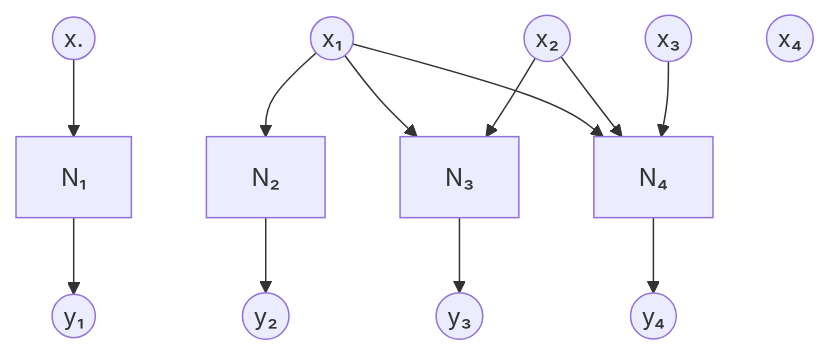
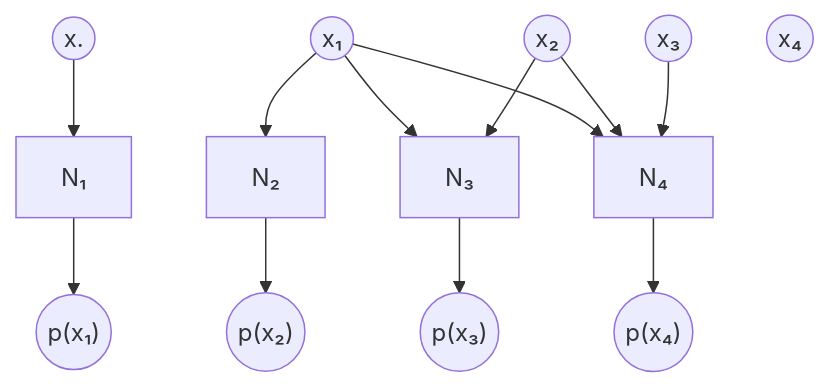
Before and after one commit to anilnairxyz/scrapbook: the diagram in docs/Topic 1/2. Autoregressive models.md, drawn with Mermaid. The commit also changed other lines of this file and 2 other files, not shown here.

````diff
--- a/docs/Topic 1/2. Autoregressive models.md
+++ b/docs/Topic 1/2. Autoregressive models.md
@@ -44,20 +44,20 @@
 ```mermaid
 graph TD
     %% Input Nodes
     x0((x.)) --> N1
     x1((x₁)) --> N2
     x1((x₁)) --> N3
     x1((x₁)) --> N4
     x2((x₂)) --> N3
     x2((x₂)) --> N4
     x3((x₃)) --> N4
 
     %% Process Blocks
-    N1[N₁] --> y1((y₁))
-    N2[N₂] --> y2((y₂))
-    N3[N₃] --> y3((y₃))
-    N4[N₄] --> y4((y₄))
+    N1[N₁] --> y1(("p(x₁)"))
+    N2[N₂] --> y2(("p(x₂)"))
+    N3[N₃] --> y3(("p(x₃)"))
+    N4[N₄] --> y4(("p(x₄)"))
 
     %% Additional Inputs
     x4((x₄))
 ```
````
